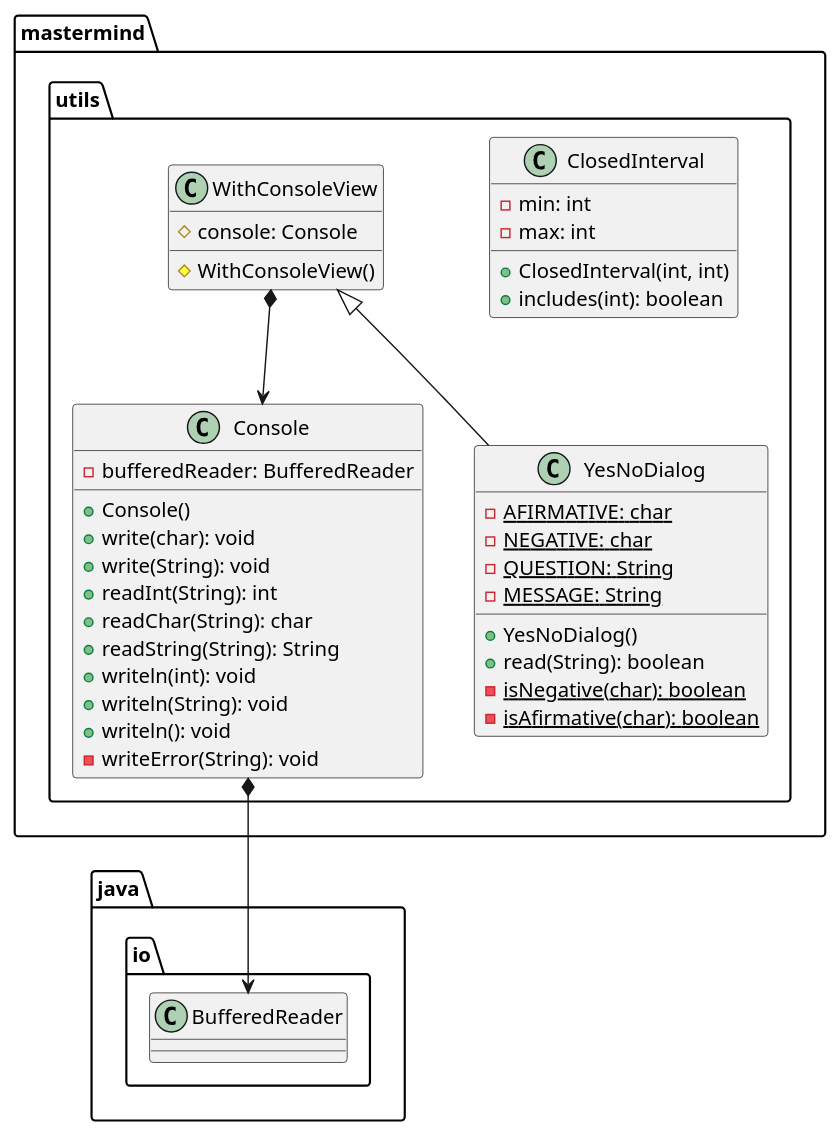
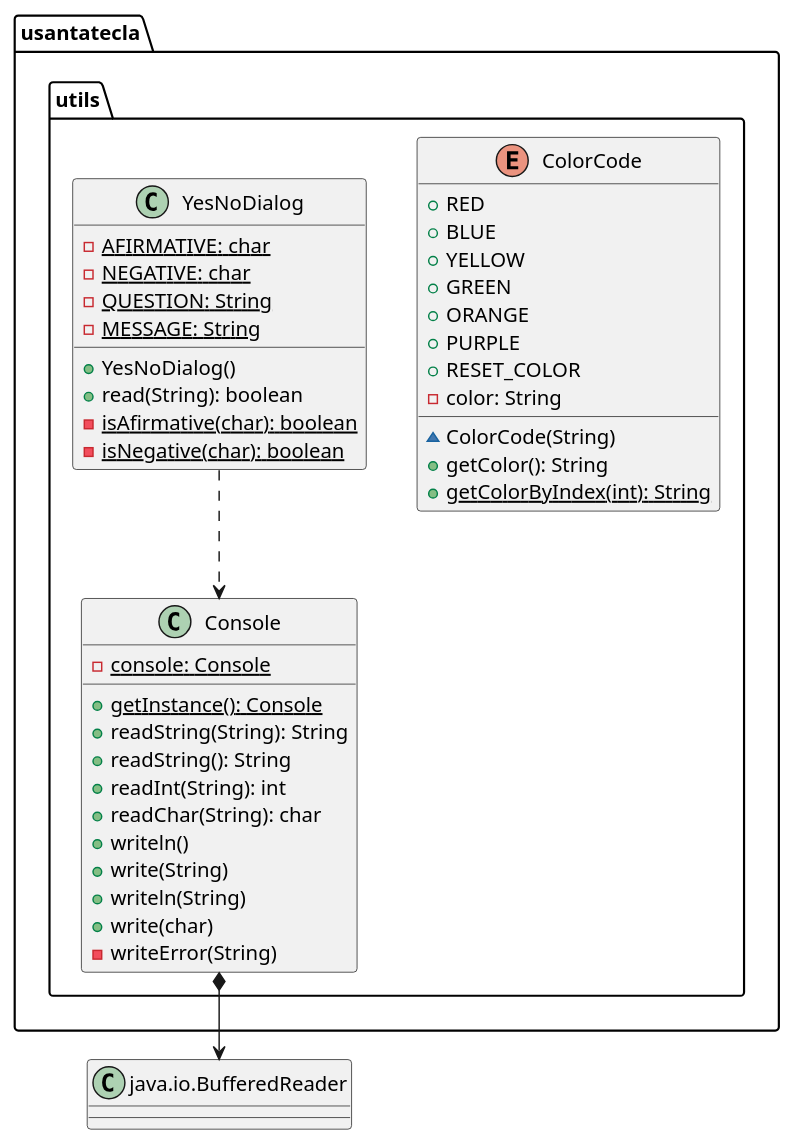
The sixth of 6 diagrams in modelViewPresenter/presentationModel/withFacade/docs/diagrams/src/paquetes.plantuml (SantaTecla-mastermind/solution.java.swing.socket.sql), drawn with PlantUML before and after one commit. The commit also changed other lines of this file and 2 other files, not shown here.

Commit message:
Diagrams updated MVP Facade utils and models

```diff
--- a/modelViewPresenter/presentationModel/withFacade/docs/diagrams/src/paquetes.plantuml
+++ b/modelViewPresenter/presentationModel/withFacade/docs/diagrams/src/paquetes.plantuml
@@ -268,42 +263,44 @@
 @startuml usantatecla.utils
+class BufferedReader as "java.io.BufferedReader"{}
 
-class  mastermind.utils.ClosedInterval{
-- min: int
-- max: int
-+ ClosedInterval(int, int)
-+ includes(int): boolean
+enum usantatecla.utils.ColorCode{
++ RED
++ BLUE
++ YELLOW
++ GREEN
++ ORANGE
++ PURPLE
++ RESET_COLOR
+- color: String
+~ ColorCode(String)
++ getColor(): String
++ {static} getColorByIndex(int): String
 }
 
-class  mastermind.utils.Console{
-- bufferedReader: BufferedReader
-+ Console()
-+ write(char): void
-+ write(String): void
+class usantatecla.utils.Console{
+- {static} console: Console
++ {static} getInstance(): Console
++ readString(String): String
++ readString(): String
 + readInt(String): int
 + readChar(String): char
-+ readString(String): String
-+ writeln(int): void
-+ writeln(String): void
-+ writeln(): void
-- writeError(String): void
++ writeln()
++ write(String)
++ writeln(String)
++ write(char)
+- writeError(String)
 }
-mastermind.utils.Console *-down-> java.io.BufferedReader
+usantatecla.utils.Console *-down-> BufferedReader
 
-class  mastermind.utils.WithConsoleView{
-# console: Console
-# WithConsoleView()
-}
-mastermind.utils.WithConsoleView *-down-> mastermind.utils.Console
-
-class  mastermind.utils.YesNoDialog{
+class  usantatecla.utils.YesNoDialog{
 - {static} AFIRMATIVE: char
 - {static} NEGATIVE: char
 - {static} QUESTION: String
 - {static} MESSAGE: String
 + YesNoDialog()
 + read(String): boolean
+- {static} isAfirmative(char): boolean
 - {static} isNegative(char): boolean
-- {static} isAfirmative(char): boolean
 }
-mastermind.utils.WithConsoleView <|-down- mastermind.utils.YesNoDialog
+usantatecla.utils.YesNoDialog ..> usantatecla.utils.Console
 @enduml
```
